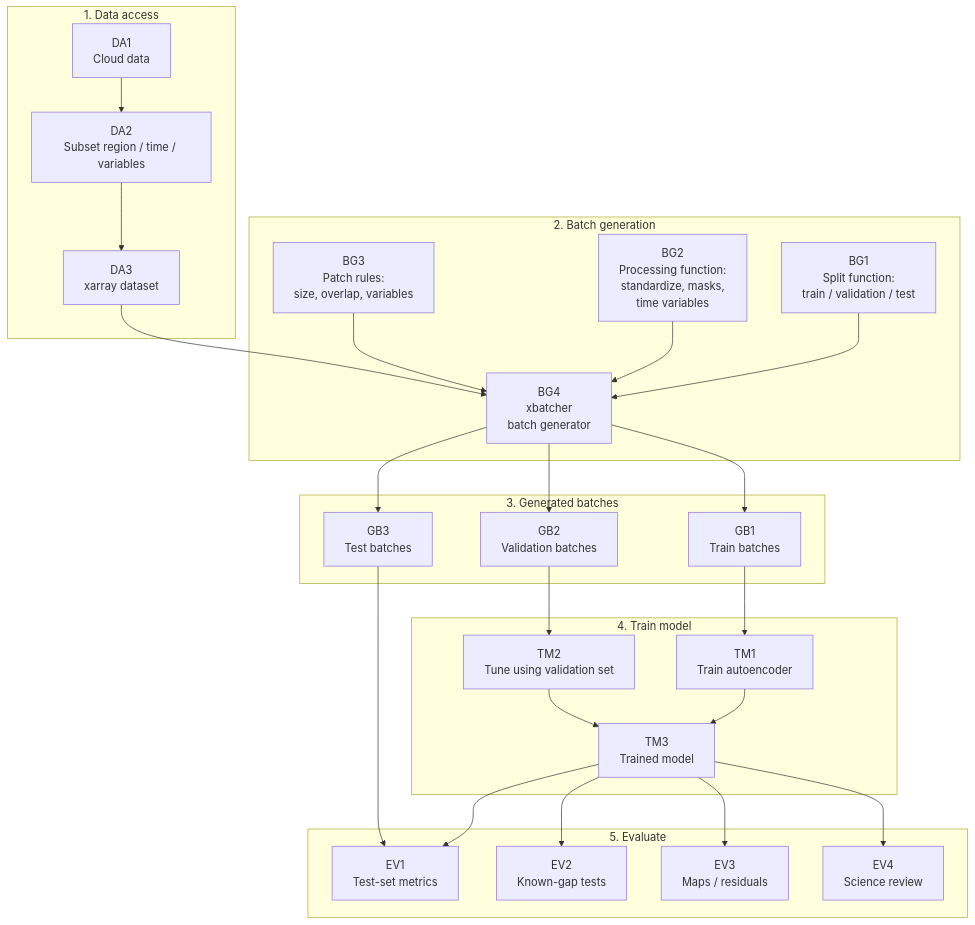
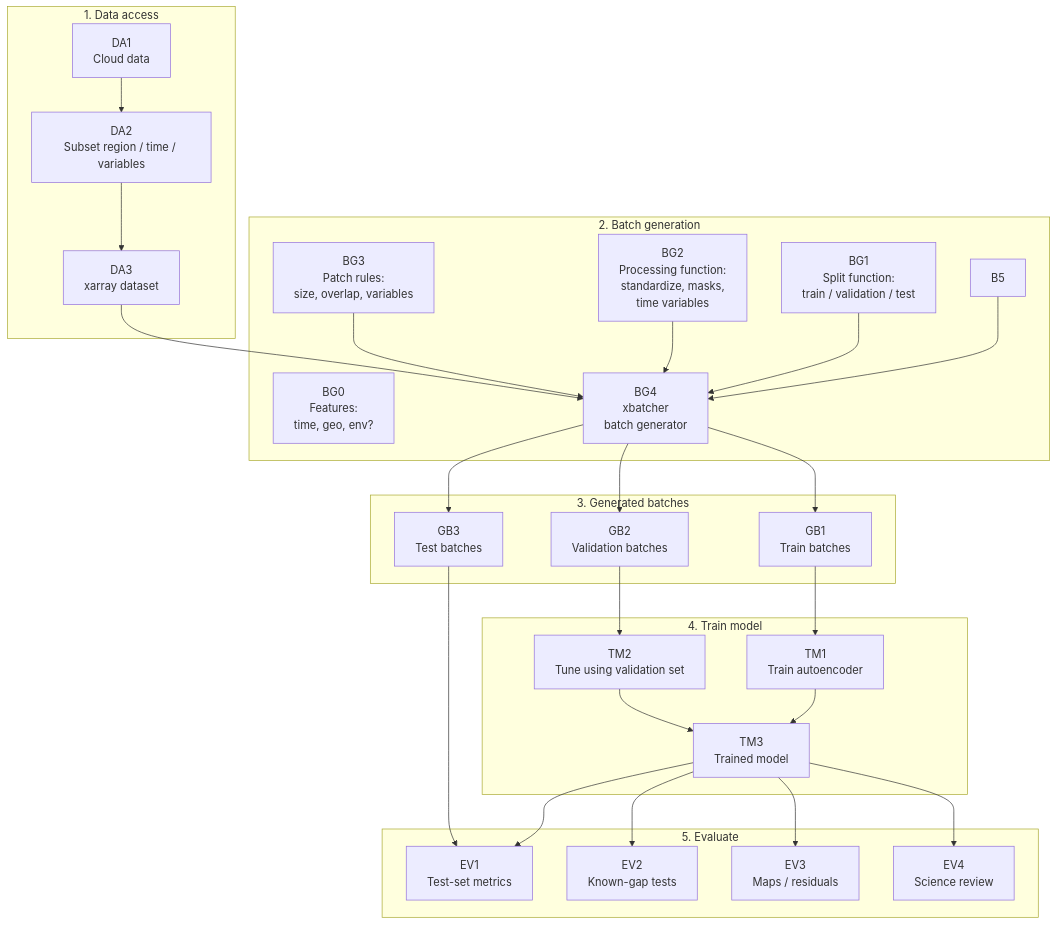
The first of 2 diagrams in README.md (SAFS-Varanasi-Internship/mindthegap), drawn with Mermaid before and after one commit.

````diff
--- a/README.md
+++ b/README.md
@@ -6,54 +6,57 @@
 ```mermaid
 flowchart TB
     subgraph A[1. Data access]
         A1[DA1<br/>Cloud data] --> A2[DA2<br/>Subset region / time / variables]
         A2 --> A3[DA3<br/>xarray dataset]
     end
 
     subgraph B[2. Batch generation]
         B1[BG1<br/>Split function:<br/>train / validation / test]
         B2[BG2<br/>Processing function:<br/>standardize, masks,<br/>time variables]
         B3[BG3<br/>Patch rules:<br/>size, overlap, variables]
+        B0[BG0<br/>Features:<br/>time, geo, env?]
         B4[BG4<br/>xbatcher<br/>batch generator]
 
+        B5 --> B4
         B1 --> B4
         B2 --> B4
         B3 --> B4
+
     end
 
     subgraph C[3. Generated batches]
         C1[GB1<br/>Train batches]
         C2[GB2<br/>Validation batches]
         C3[GB3<br/>Test batches]
     end
 
     subgraph D[4. Train model]
         D1[TM1<br/>Train autoencoder]
         D2[TM2<br/>Tune using validation set]
         D3[TM3<br/>Trained model]
     end
 
     subgraph E[5. Evaluate]
         E1[EV1<br/>Test-set metrics]
         E2[EV2<br/>Known-gap tests]
         E3[EV3<br/>Maps / residuals]
         E4[EV4<br/>Science review]
     end
 
     A3 --> B4
 
     B4 --> C1
     B4 --> C2
     B4 --> C3
 
     C1 --> D1
     C2 --> D2
     D1 --> D3
     D2 --> D3
 
     D3 --> E1
     C3 --> E1
     D3 --> E2
     D3 --> E3
     D3 --> E4
 ```
````
